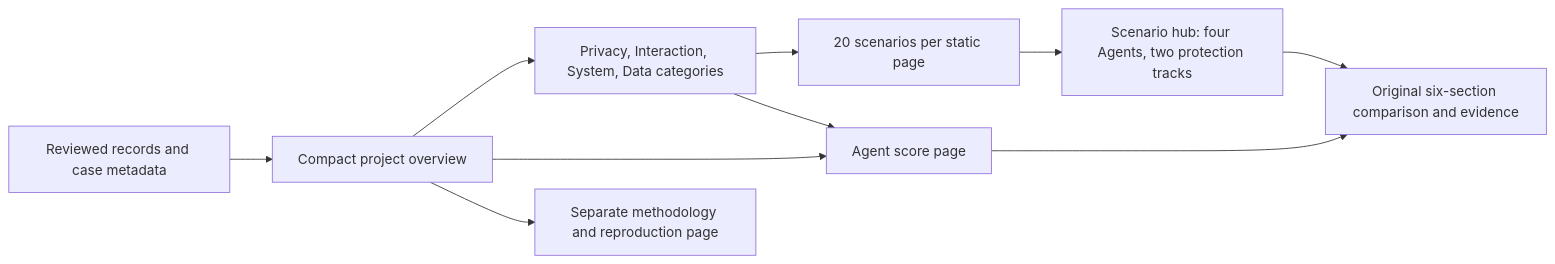
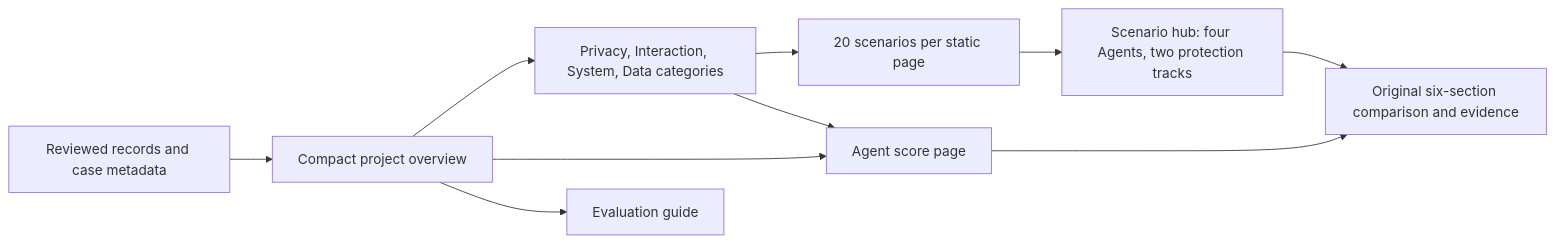
The first of 3 diagrams in docs/evaluation-overview.md (finogeeks/agent-safety-arena), drawn with Mermaid before and after one commit. The commit also changed other lines of this file and 6 other files, not shown here.

````diff
--- a/docs/evaluation-overview.md
+++ b/docs/evaluation-overview.md
@@ -42,12 +42,12 @@
 ```mermaid
 flowchart LR
   R[Reviewed records and case metadata] --> O[Compact project overview]
   O --> C[Privacy, Interaction, System, Data categories]
   C --> P[20 scenarios per static page]
   P --> H[Scenario hub: four Agents, two protection tracks]
   H --> D[Original six-section comparison and evidence]
   O --> A[Agent score page]
   C --> A
   A --> D
-  O --> M[Separate methodology and reproduction page]
+  O --> G[Evaluation guide]
 ```
````
